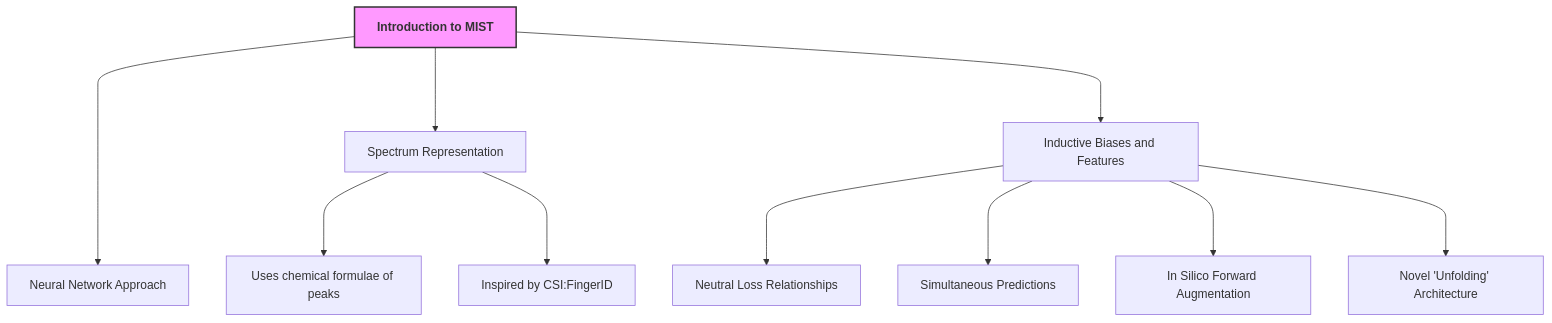
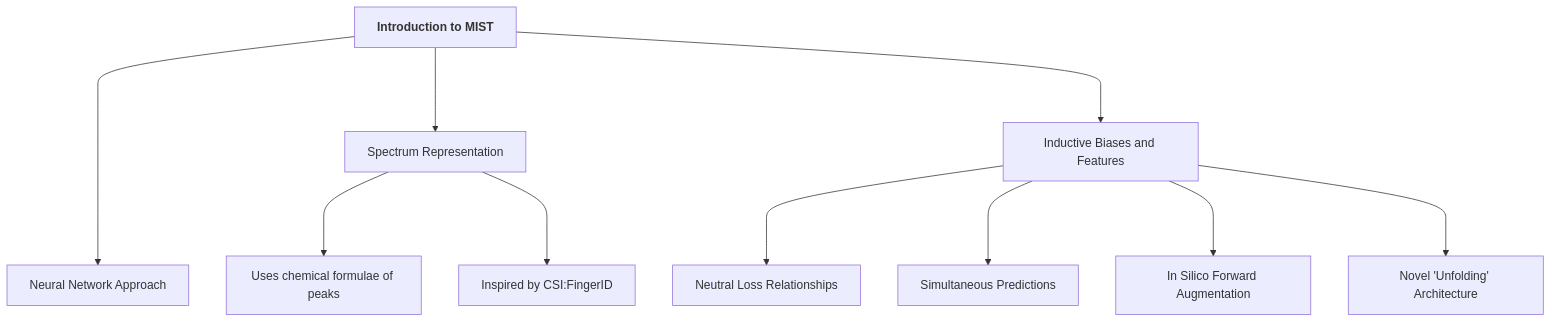
The diagram in papers/Metabolite_MS_Transformer/annotating-metabolite-mass-spectra-with-domain-inspired-chemical-formula-transformers.md (lamalab-org/toolminutes), drawn with Mermaid before and after one commit.

Commit message:
flowchart

````diff
--- a/papers/Metabolite_MS_Transformer/annotating-metabolite-mass-spectra-with-domain-inspired-chemical-formula-transformers.md
+++ b/papers/Metabolite_MS_Transformer/annotating-metabolite-mass-spectra-with-domain-inspired-chemical-formula-transformers.md
@@ -6,17 +6,18 @@
 ```mermaid
 graph TD;
     
     
-    style Introduction_MIST fill:#f9f,stroke:#333,stroke-width:2px;
+    classDef introClass fill:#f9f,stroke:#333,stroke-width:2px;
+
   
   Introduction_MIST["<strong>Introduction to MIST</strong>"] -----> Neural_Network_Approach["Neural Network Approach"];
     Introduction_MIST ---> Spectrum_Representation["Spectrum Representation"];
     Introduction_MIST ---> Inductive_Biases_and_Features["Inductive Biases and Features"];
     Inductive_Biases_and_Features ---> Neutral_Loss_Relationships["Neutral Loss Relationships"];
     Inductive_Biases_and_Features ---> Simultaneous_Predictions["Simultaneous Predictions"];
     Inductive_Biases_and_Features ---> In_Silico_Forward_Augmentation["In Silico Forward Augmentation"];
     Inductive_Biases_and_Features ---> Novel_Unfolding_Architecture["Novel 'Unfolding' Architecture"];
     Spectrum_Representation ---> Chemical_Formulae_of_Peaks["Uses chemical formulae of peaks"];
     Spectrum_Representation ---> Inspired_by_CSI_FingerID["Inspired by CSI:FingerID"];
 
 ```
````
